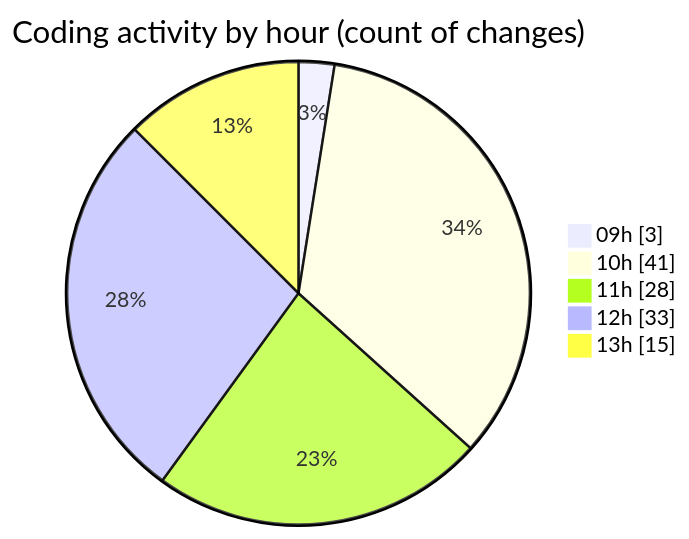
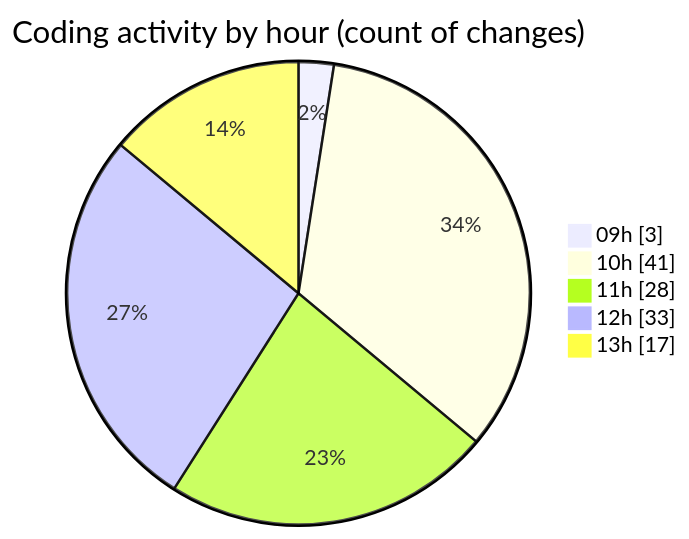
Before and after one commit to CELIANVF/code-tracking: the second of 2 diagrams in 2025-05-19/ecodeli-1/README.md, drawn with Mermaid. The commit also changed other lines of this file and 1 other file, not shown here.

````diff
--- a/2025-05-19/ecodeli-1/README.md
+++ b/2025-05-19/ecodeli-1/README.md
@@ -64,9 +64,9 @@
 ```mermaid
 pie showData
 title Coding activity by hour (count of changes)
 "09h" : 3
 "10h" : 41
 "11h" : 28
 "12h" : 33
-"13h" : 15
+"13h" : 17
 ```
````
